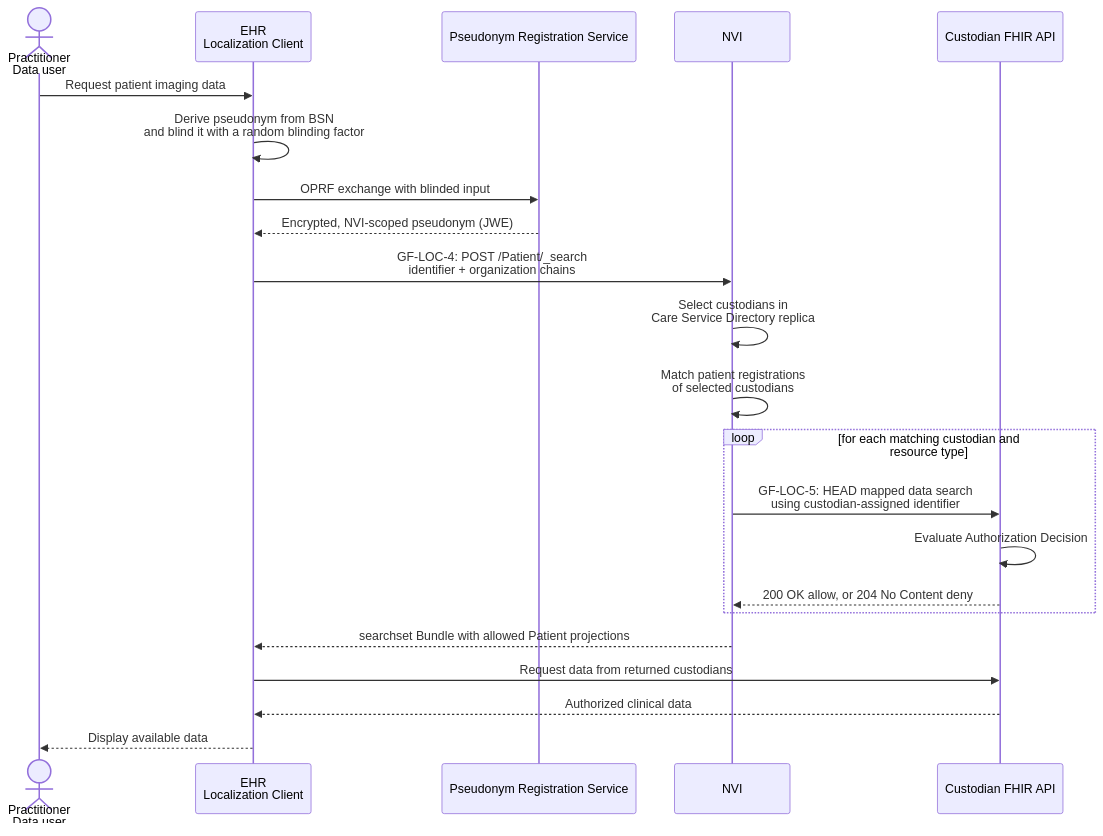
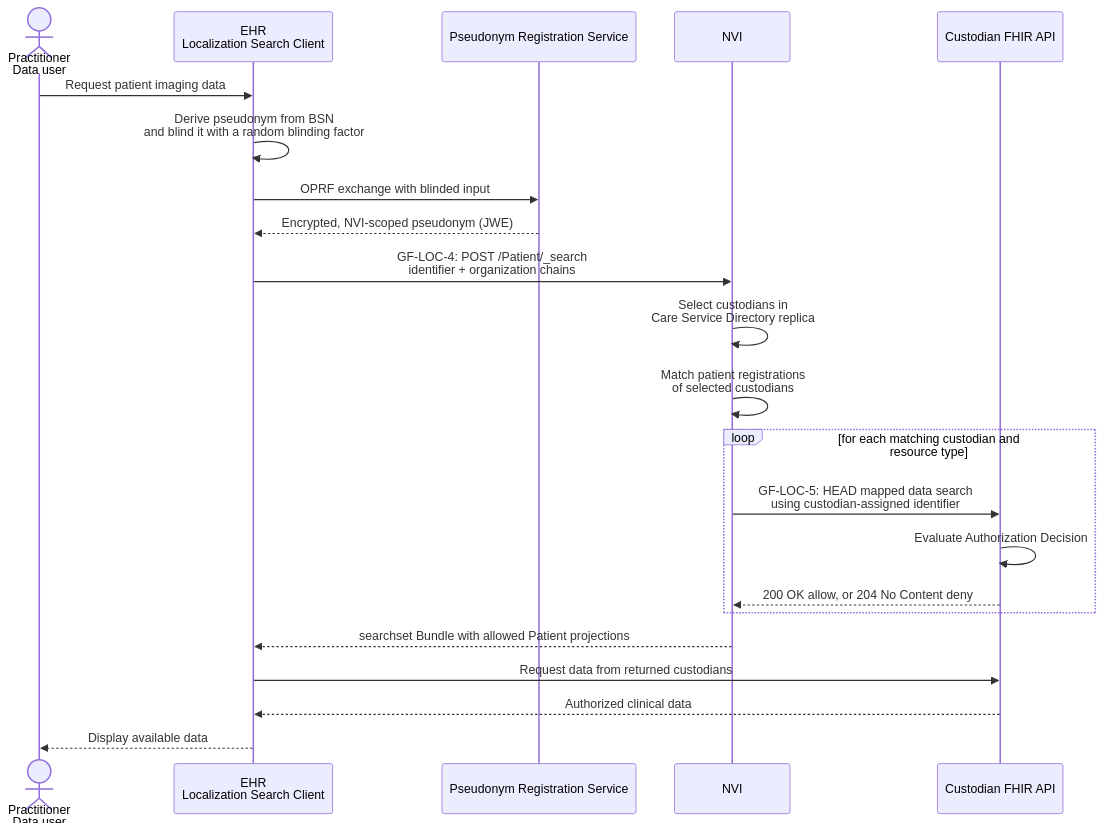
Before and after one commit to minvws/generiekefuncties-docs: the third of 3 diagrams in input/pagecontent/localization.md, drawn with Mermaid. The commit also changed other lines of this file and 3 other files, not shown here.

Commit message:
Split Localization Client and require immediate registration

````diff
--- a/input/pagecontent/localization.md
+++ b/input/pagecontent/localization.md
@@ -438,25 +448,25 @@
 ```mermaid
 sequenceDiagram
     actor doctor as Practitioner<br/>Data user
-    participant ehr as EHR<br/>Localization Client
+    participant ehr as EHR<br/>Localization Search Client
     participant prs as Pseudonym Registration Service
     participant nvi as NVI
     participant holder as Custodian FHIR API
 
     doctor->>ehr: Request patient imaging data
     ehr->>ehr: Derive pseudonym from BSN<br/>and blind it with a random blinding factor
     ehr->>prs: OPRF exchange with blinded input
     prs-->>ehr: Encrypted, NVI-scoped pseudonym (JWE)
     ehr->>nvi: GF-LOC-4: POST /Patient/_search<br/>identifier + organization chains
     nvi->>nvi: Select custodians in<br/>Care Service Directory replica
     nvi->>nvi: Match patient registrations<br/>of selected custodians
     loop for each matching custodian and resource type
         nvi->>holder: GF-LOC-5: HEAD mapped data search<br/>using custodian-assigned identifier
         holder->>holder: Evaluate Authorization Decision
         holder-->>nvi: 200 OK allow, or 204 No Content deny
     end
     nvi-->>ehr: searchset Bundle with allowed Patient projections
     ehr->>holder: Request data from returned custodians
     holder-->>ehr: Authorized clinical data
     ehr-->>doctor: Display available data
 ```
````
